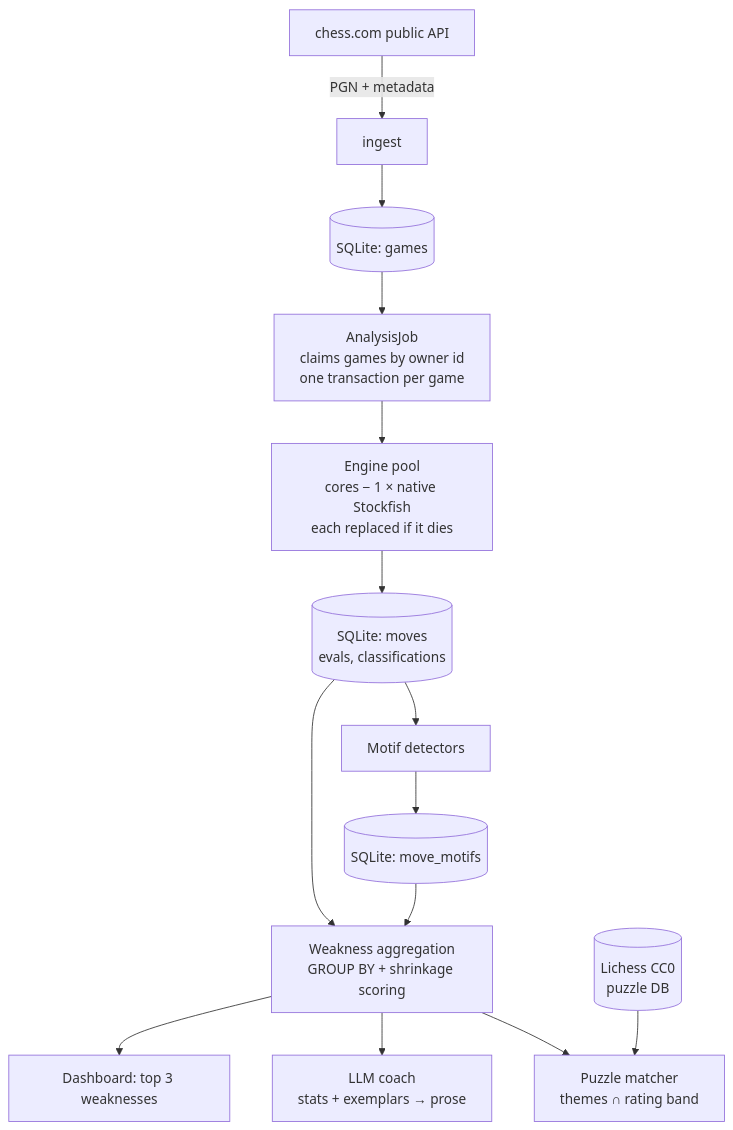
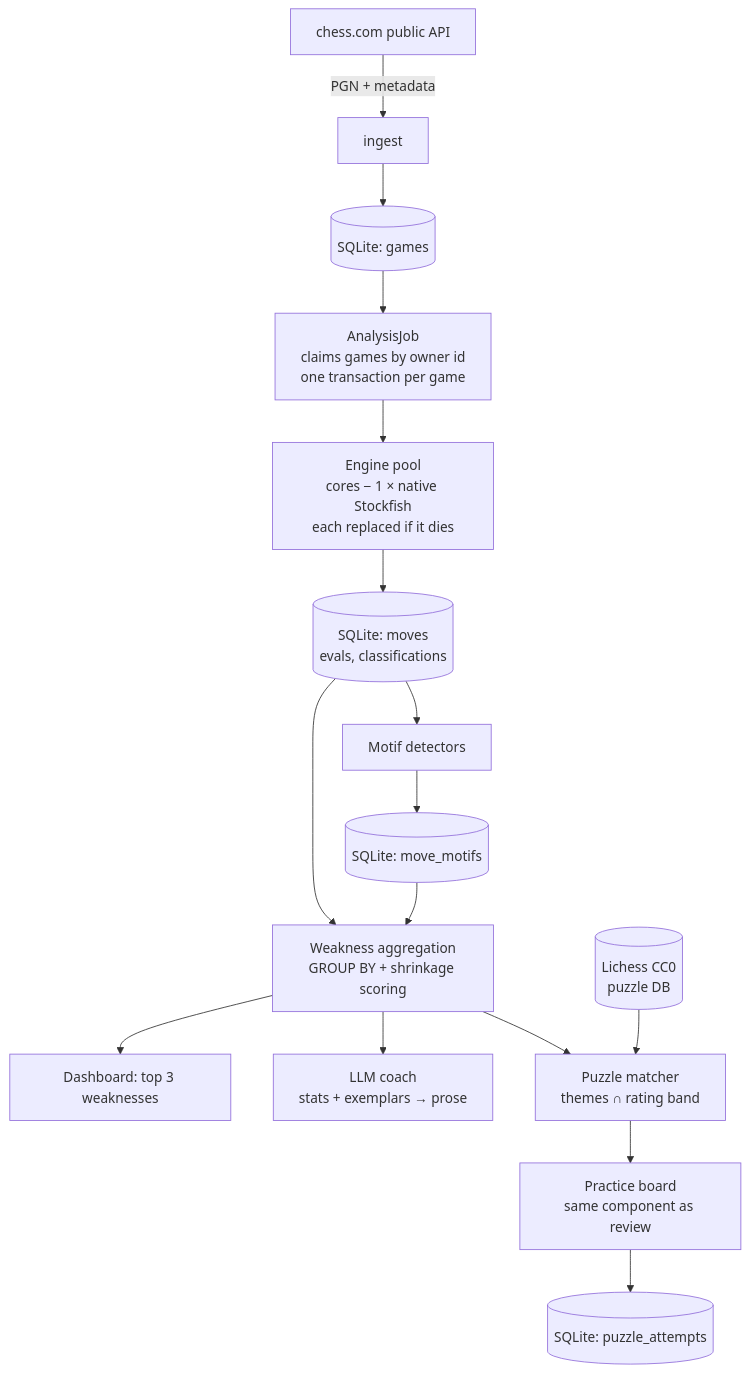
Before and after one commit to wesnam/chess-retro: the first of 3 diagrams in README.md, drawn with Mermaid. The commit also changed other lines of this file and 26 other files, not shown here.

First line of the commit message:
feat: puzzle practice matched to weaknesses (ticket 10)

````diff
--- a/README.md
+++ b/README.md
@@ -75,16 +80,18 @@
 ```mermaid
 flowchart TB
     A[chess.com public API] -->|PGN + metadata| B[ingest]
     B --> C[(SQLite: games)]
     C --> D[AnalysisJob<br/>claims games by owner id<br/>one transaction per game]
     D --> E[Engine pool<br/>cores − 1 × native Stockfish<br/>each replaced if it dies]
     E --> F[(SQLite: moves<br/>evals, classifications)]
     F --> G[Motif detectors]
     G --> H[(SQLite: move_motifs)]
     F --> I[Weakness aggregation<br/>GROUP BY + shrinkage scoring]
     H --> I
     I --> J[Dashboard: top 3 weaknesses]
     I --> K[LLM coach<br/>stats + exemplars → prose]
     I --> L[Puzzle matcher<br/>themes ∩ rating band]
     M[(Lichess CC0<br/>puzzle DB)] --> L
+    L --> N[Practice board<br/>same component as review]
+    N --> O[(SQLite: puzzle_attempts)]
 ```
````
